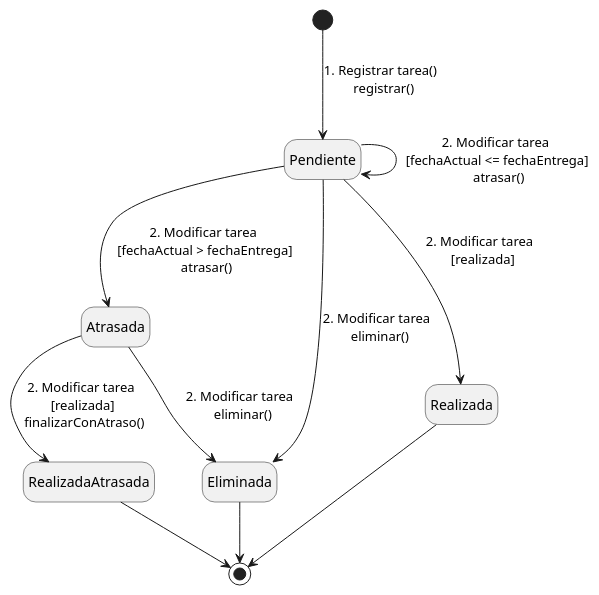
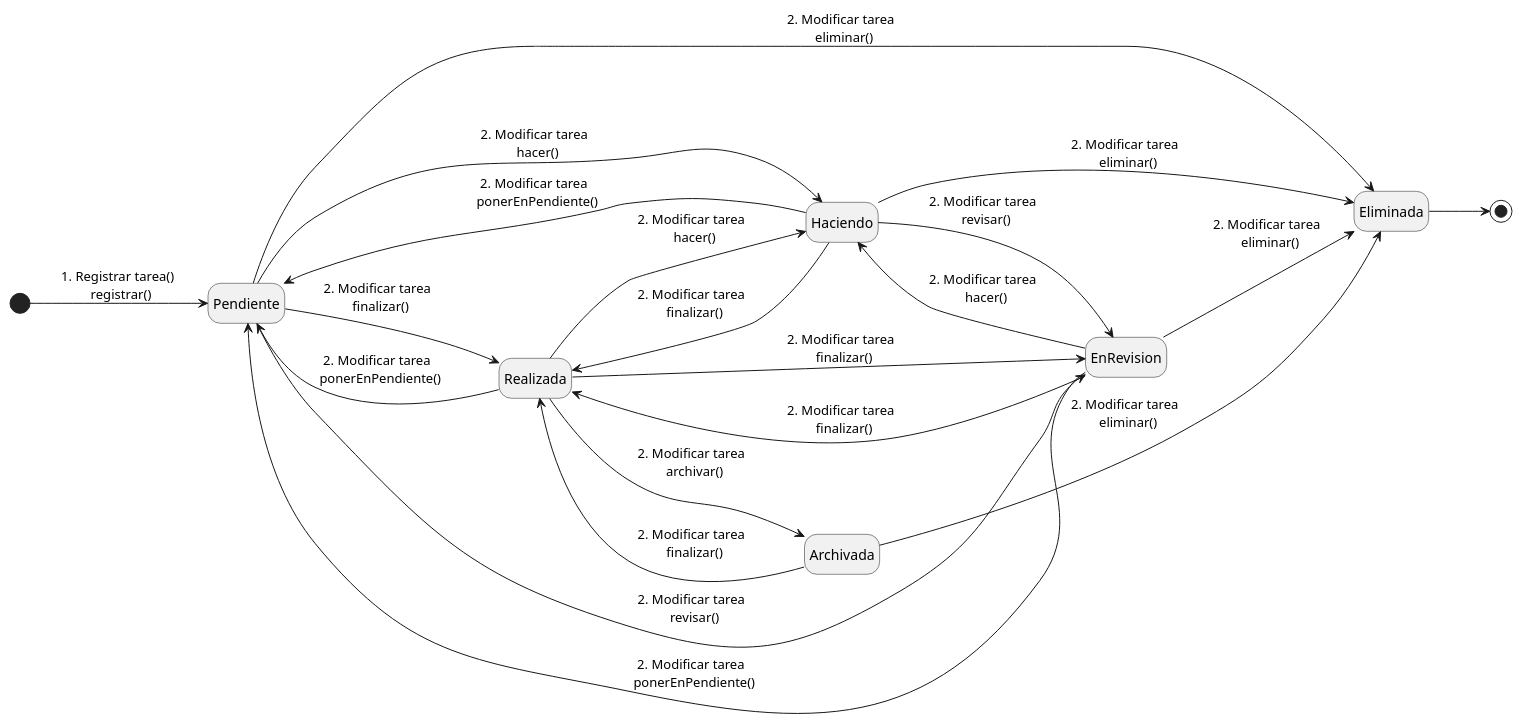
The diagram in Modelado/DiagramasME.plantuml (ciggyx/Task_Flow), drawn with PlantUML before and after one commit. The commit also changed 6 other files, not shown here.

Commit message:
refactor: actualización de diagramas que utilizamos

```diff
--- a/Modelado/DiagramasME.plantuml
+++ b/Modelado/DiagramasME.plantuml
@@ -1,13 +1,29 @@
 @startuml MáquinaDeEstadosTarea
+left to right direction
 hide empty description
 [*] --> Pendiente : 1. Registrar tarea() \n registrar()
-Pendiente --> Pendiente : 2. Modificar tarea \n [fechaActual <= fechaEntrega] \n atrasar()
-Pendiente --> Atrasada : 2. Modificar tarea \n [fechaActual > fechaEntrega] \n atrasar()
-Pendiente --> Realizada : 2. Modificar tarea \n [realizada]
-Pendiente --> Eliminada : 2. Modificar tarea \n eliminar()
-Atrasada --> Eliminada : 2. Modificar tarea \n eliminar()
-Atrasada --> RealizadaAtrasada : 2. Modificar tarea \n [realizada] \n finalizarConAtraso()
+Pendiente --> Realizada : 2. Modificar tarea \n finalizar()
+Pendiente --> Haciendo: 2. Modificar tarea \n hacer()
+Pendiente --> EnRevision: 2. Modificar tarea \n revisar()
+Pendiente --> Eliminada: 2. Modificar tarea \n eliminar()
+
+Haciendo --> Realizada: 2. Modificar tarea \n finalizar()
+Haciendo --> EnRevision: 2. Modificar tarea \n revisar()
+Haciendo --> Pendiente: 2. Modificar tarea \n ponerEnPendiente()
+Haciendo --> Eliminada: 2. Modificar tarea \n eliminar()
+
+EnRevision --> Realizada: 2. Modificar tarea \n finalizar()
+EnRevision --> Pendiente: 2. Modificar tarea \n ponerEnPendiente()
+EnRevision --> Haciendo: 2. Modificar tarea \n hacer()
+EnRevision --> Eliminada: 2. Modificar tarea \n eliminar()
+
+Realizada --> EnRevision: 2. Modificar tarea \n finalizar()
+Realizada --> Haciendo: 2. Modificar tarea \n hacer()
+Realizada --> Pendiente : 2. Modificar tarea \n ponerEnPendiente()
+Realizada --> Archivada: 2. Modificar tarea \n archivar()
+
+Archivada --> Eliminada: 2. Modificar tarea \n eliminar()
+Archivada --> Realizada: 2. Modificar tarea \n finalizar()
+
 Eliminada --> [*]
-Realizada --> [*]
-RealizadaAtrasada --> [*]
 @enduml
```
